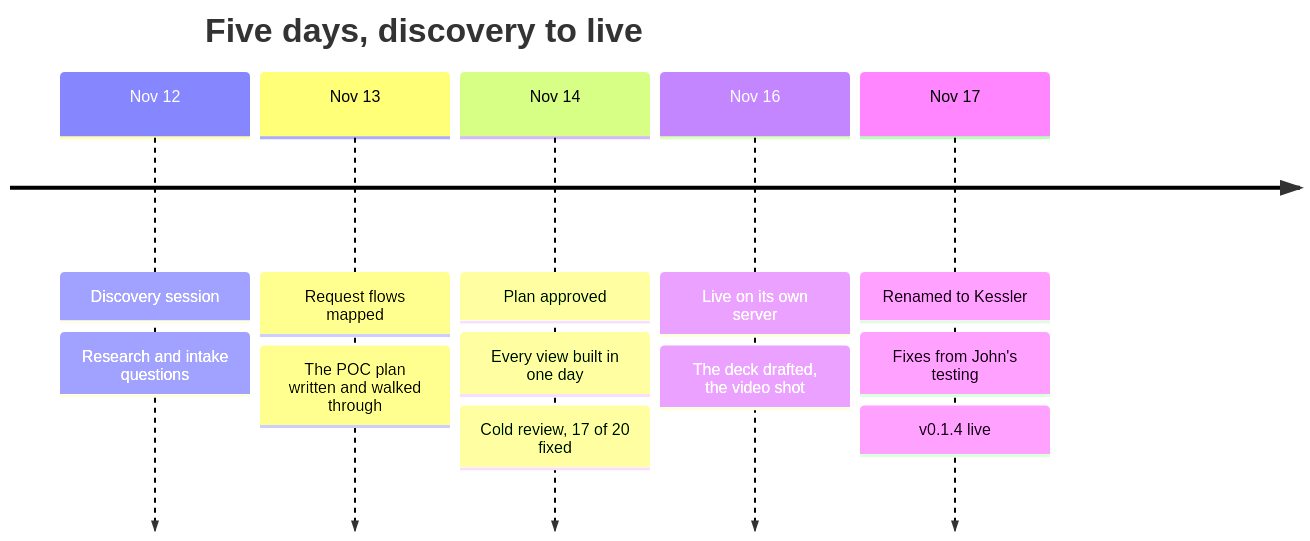
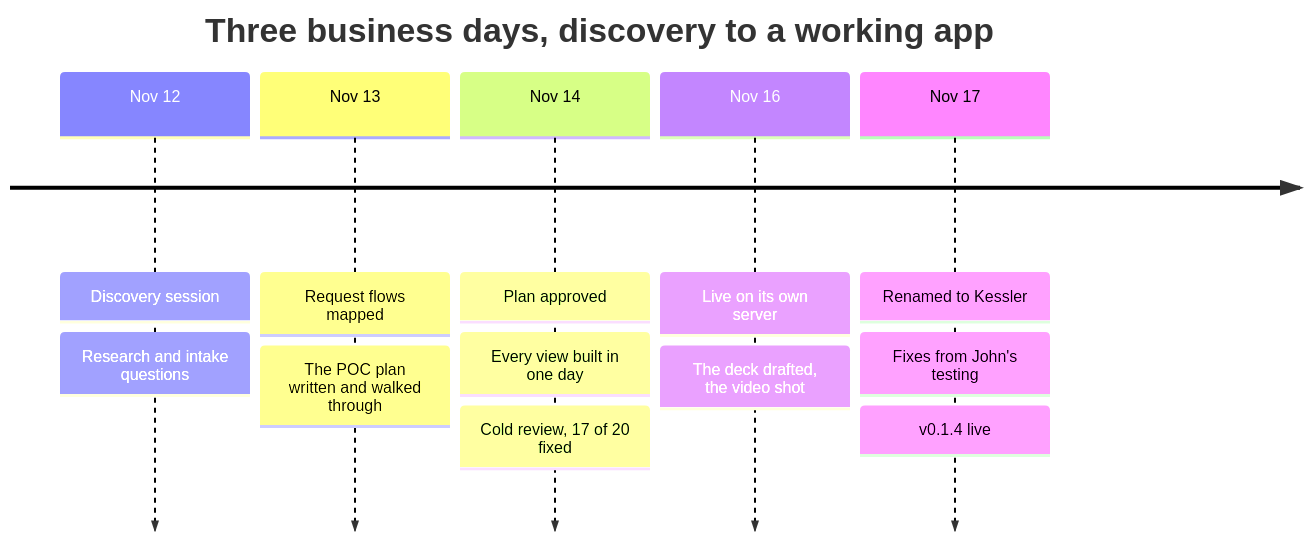
One commit to jhcreative/kessler-poc changed the second of 2 diagrams in README.md. Above: the diagram before and after it, drawn with Mermaid. The commit also changed other lines of this file, not shown here.

Commit message:
README: three business days, discovery to a working app

````diff
--- a/README.md
+++ b/README.md
@@ -126,9 +126,9 @@
 ```mermaid
 timeline
-    title Five days, discovery to live
+    title Three business days, discovery to a working app
     Nov 12 : Discovery session : Research and intake questions
     Nov 13 : Request flows mapped : The POC plan written and walked through
     Nov 14 : Plan approved : Every view built in one day : Cold review, 17 of 20 fixed
     Nov 16 : Live on its own server : The deck drafted, the video shot
     Nov 17 : Renamed to Kessler : Fixes from John's testing : v0.1.4 live
 ```
````
